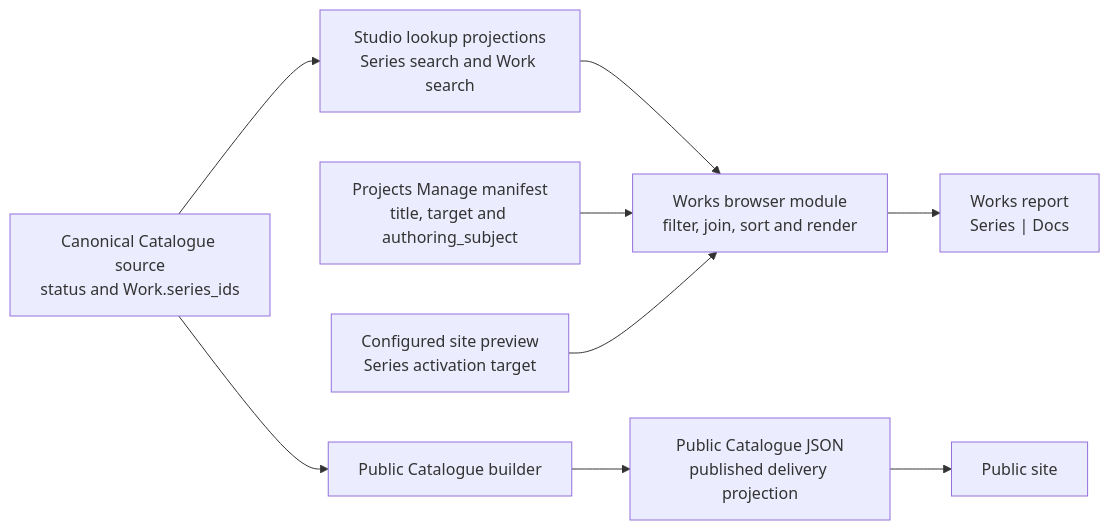
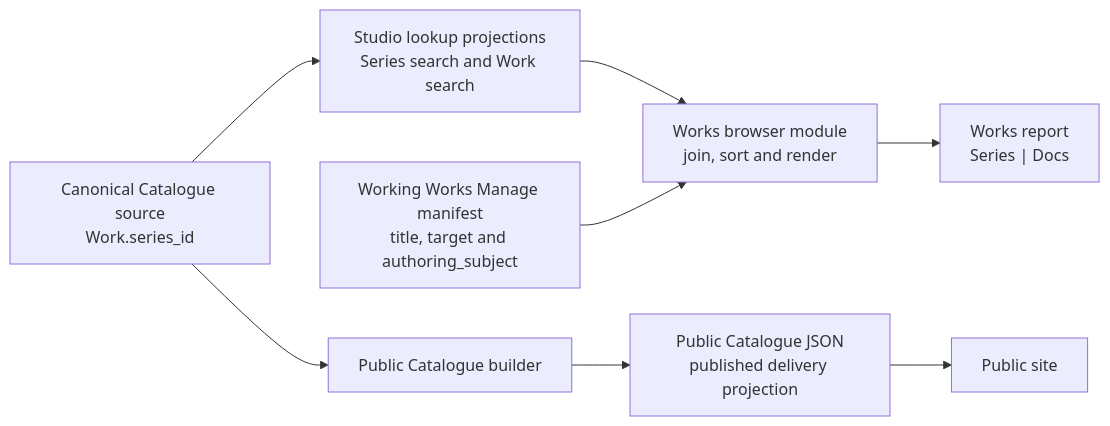
The diagram in documentation/studio/Works_Report_Concept_And_Architecture.md (dotlineform/dotlineform-site), drawn with Mermaid before and after one commit. The commit also changed other lines of this file and 30 other files, not shown here.

Commit message:
subject 'series' removed. published.

````diff
--- a/documentation/studio/Works_Report_Concept_And_Architecture.md
+++ b/documentation/studio/Works_Report_Concept_And_Architecture.md
@@ -26,21 +25,19 @@
 ```mermaid
 flowchart LR
     accTitle: Works report ownership and coverage flow
-    accDescr: Canonical Catalogue source feeds separate Studio and public projections; the Works browser reads the Studio Series and Work lookup projections plus the Projects Manage manifest, filters published records, joins exact subjects, and renders the local report without reading public Catalogue JSON.
+    accDescr: The Works browser reads Studio Series and Work lookup responses plus the Working Works management manifest, joins member-Work subjects, and renders the local report without reading public Catalogue JSON.
 
-    canonical["Canonical Catalogue source<br/>status and Work.series_ids"]
+    canonical["Canonical Catalogue source<br/>Work.series_id"]
     studioLookup["Studio lookup projections<br/>Series search and Work search"]
-    projects["Projects Manage manifest<br/>title, target and authoring_subject"]
-    preview["Configured site preview<br/>Series activation target"]
-    browser["Works browser module<br/>filter, join, sort and render"]
+    projects["Working Works Manage manifest<br/>title, target and authoring_subject"]
+    browser["Works browser module<br/>join, sort and render"]
     report["Works report<br/>Series | Docs"]
     publicBuild["Public Catalogue builder"]
     publicJson["Public Catalogue JSON<br/>published delivery projection"]
     publicSite["Public site"]
 
     canonical --> studioLookup --> browser
     projects --> browser
-    preview --> browser
     browser --> report
     canonical --> publicBuild --> publicJson --> publicSite
 ```
````
